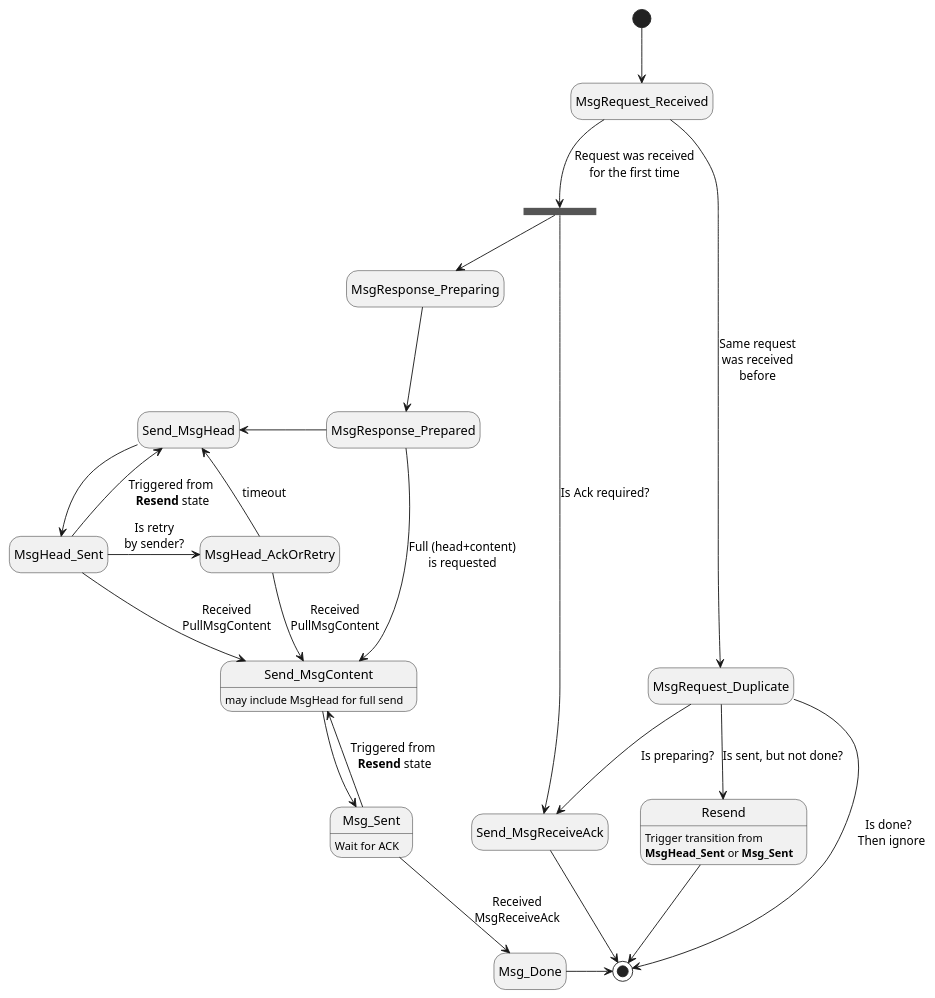
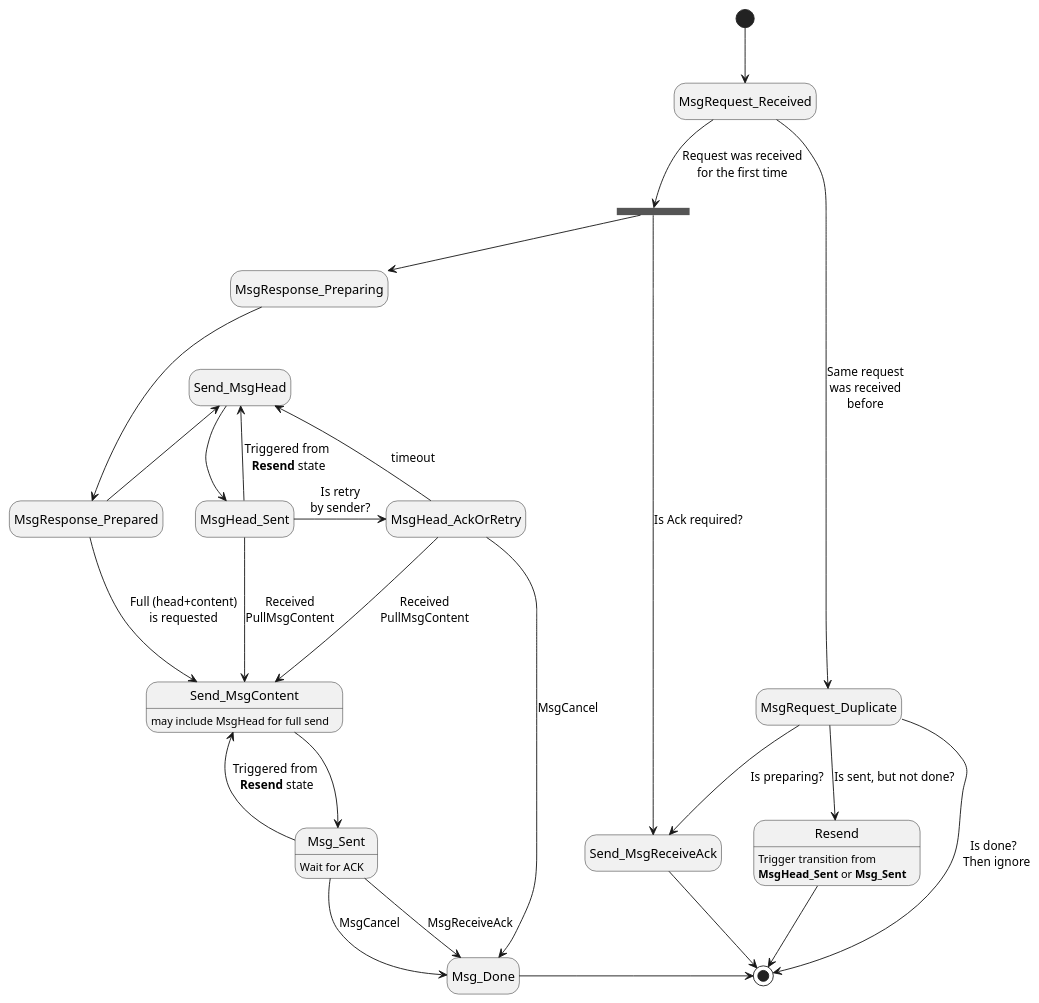
The diagram in ledger-core/v2/ledger-v2/msg_state.puml (insolar/assured-ledger), drawn with PlantUML before and after one commit.

Commit message:
Cancellation for network msg

```diff
--- a/ledger-core/v2/ledger-v2/msg_state.puml
+++ b/ledger-core/v2/ledger-v2/msg_state.puml
@@ -1,36 +1,40 @@
 @startuml
 hide empty description
 'scale 350 width
 [*] --> MsgRequest_Received
 state fork_state <<fork>>
 MsgRequest_Received --> fork_state : Request was received\nfor the first time
 fork_state --> Send_MsgReceiveAck : Is Ack required?
 Send_MsgReceiveAck -> [*]
 fork_state --> MsgResponse_Preparing
-MsgResponse_Preparing --> MsgResponse_Prepared
+MsgResponse_Preparing ---> MsgResponse_Prepared
 MsgRequest_Received -> MsgRequest_Duplicate : Same request\nwas received\nbefore
 MsgResponse_Prepared ---> Send_MsgContent : Full (head+content)\nis requested
 Send_MsgContent: may include MsgHead for full send
 Send_MsgContent --> Msg_Sent
 Msg_Sent : Wait for ACK
 Msg_Sent -> Send_MsgContent : Triggered from\n **Resend** state
-Msg_Sent --> Msg_Done : Received\nMsgReceiveAck
+Msg_Sent --> Msg_Done : MsgReceiveAck
+Msg_Sent --> Msg_Done : MsgCancel
 Msg_Done -> [*]
 
 MsgRequest_Duplicate --> Send_MsgReceiveAck : Is preparing?
 
 MsgRequest_Duplicate --> Resend : Is sent, but not done?
 Resend: Trigger transition from\n**MsgHead_Sent** or **Msg_Sent**
 Resend --> [*]
 
 MsgRequest_Duplicate --> [*] : Is done? \n Then ignore
 
 MsgResponse_Prepared -left-> Send_MsgHead
-Send_MsgHead --> MsgHead_Sent
+Send_MsgHead --> MsgHead_Sent : \t
 MsgHead_Sent -> Send_MsgHead : Triggered from\n **Resend** state
 MsgHead_Sent --> Send_MsgContent : Received\nPullMsgContent
 MsgHead_Sent -> MsgHead_AckOrRetry : Is retry\nby sender?
 MsgHead_AckOrRetry -> Send_MsgHead : timeout
 MsgHead_AckOrRetry --> Send_MsgContent : Received\nPullMsgContent
+MsgHead_AckOrRetry -----> Msg_Done : MsgCancel
+
+' TODO cancellation
 
 @enduml
```
